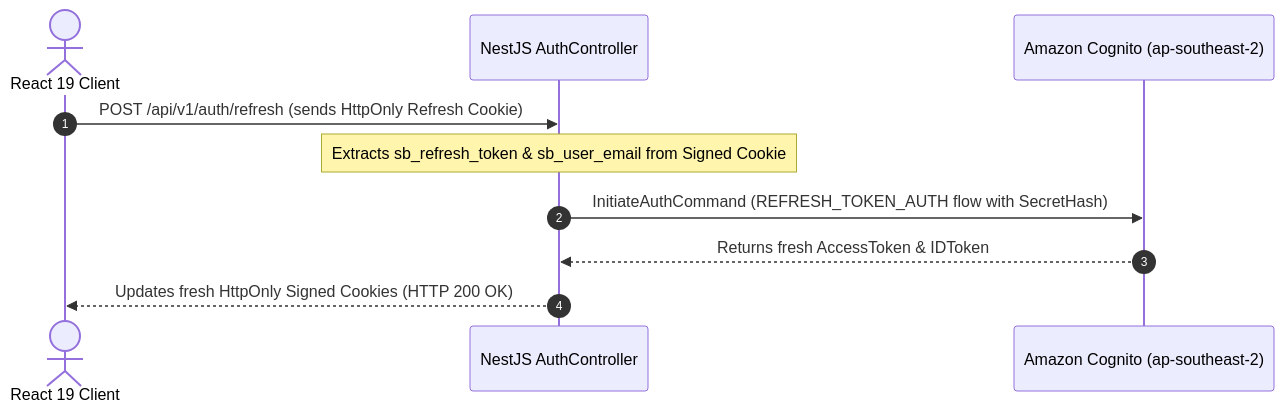
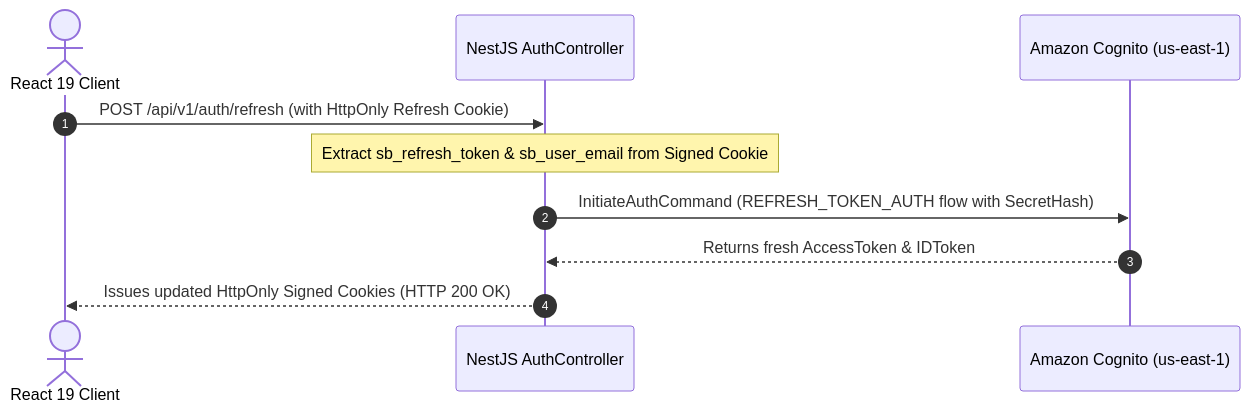
Before and after one commit to KelvinPhans/fcj-workshop: the diagram in content/3-BlogsPosted/3.3-Blog3/_index.md, drawn with Mermaid. The commit also changed other lines of this file and 65 other files, not shown here.

````diff
--- a/content/3-BlogsPosted/3.3-Blog3/_index.md
+++ b/content/3-BlogsPosted/3.3-Blog3/_index.md
@@ -58,13 +58,13 @@
 ```mermaid
 sequenceDiagram
     autonumber
     actor User as React 19 Client
     participant BE as NestJS AuthController
-    participant Cog as Amazon Cognito (ap-southeast-2)
+    participant Cog as Amazon Cognito (us-east-1)
 
-    User->>BE: POST /api/v1/auth/refresh (sends HttpOnly Refresh Cookie)
-    Note over BE: Extracts sb_refresh_token & sb_user_email from Signed Cookie
+    User->>BE: POST /api/v1/auth/refresh (with HttpOnly Refresh Cookie)
+    Note over BE: Extract sb_refresh_token & sb_user_email from Signed Cookie
     BE->>Cog: InitiateAuthCommand (REFRESH_TOKEN_AUTH flow with SecretHash)
     Cog-->>BE: Returns fresh AccessToken & IDToken
-    BE-->>User: Updates fresh HttpOnly Signed Cookies (HTTP 200 OK)
+    BE-->>User: Issues updated HttpOnly Signed Cookies (HTTP 200 OK)
 ```
````
